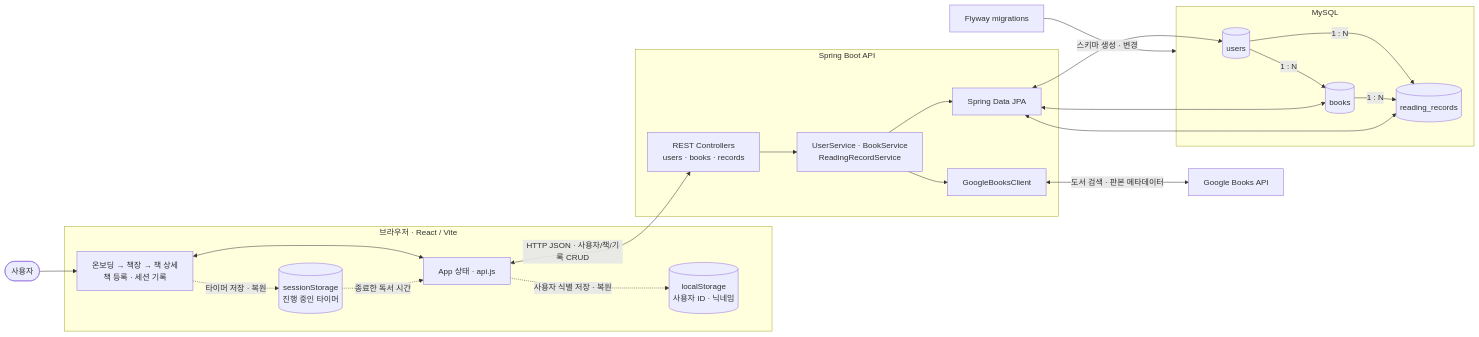
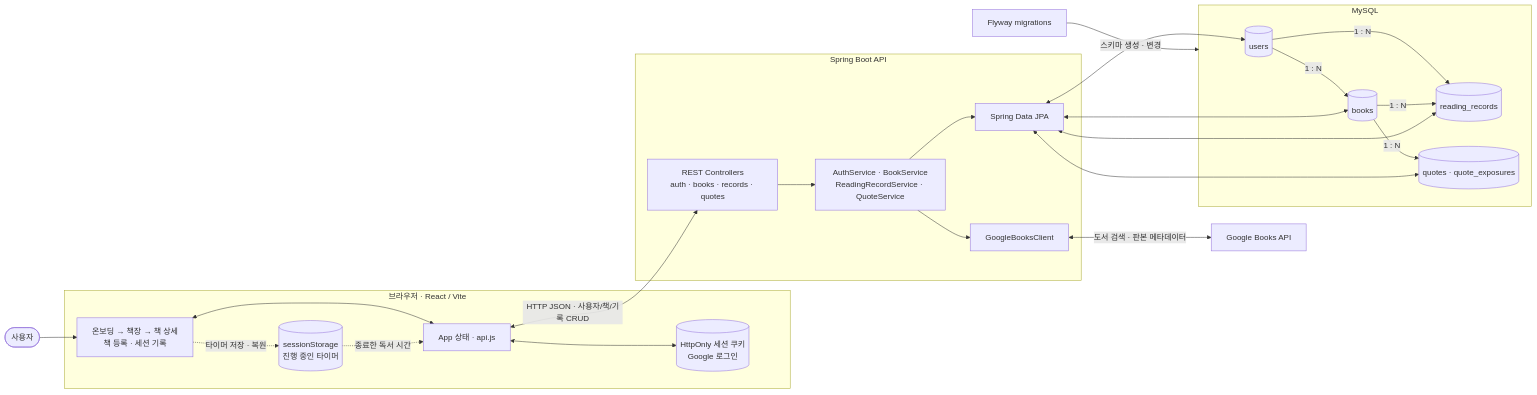
The diagram in README.md (Tapha-K/hub), drawn with Mermaid before and after one commit. The commit also changed other lines of this file and 4 other files, not shown here.

Commit message:
docs: record quote loop architecture learnings

````diff
--- a/README.md
+++ b/README.md
@@ -37,48 +38,51 @@
 ```mermaid
 flowchart LR
     user([사용자])
 
     subgraph browser["브라우저 · React / Vite"]
         screens["온보딩 → 책장 → 책 상세<br/>책 등록 · 세션 기록"]
         app["App 상태 · api.js"]
-        local[("localStorage<br/>사용자 ID · 닉네임")]
+        auth[("HttpOnly 세션 쿠키<br/>Google 로그인")]
         timer[("sessionStorage<br/>진행 중인 타이머")]
 
         screens <--> app
-        app -. "사용자 식별 저장 · 복원" .-> local
+        app <--> auth
         screens -. "타이머 저장 · 복원" .-> timer
         timer -. "종료한 독서 시간" .-> app
     end
 
     subgraph server["Spring Boot API"]
-        controllers["REST Controllers<br/>users · books · records"]
-        services["UserService · BookService<br/>ReadingRecordService"]
+        controllers["REST Controllers<br/>auth · books · records · quotes"]
+        services["AuthService · BookService<br/>ReadingRecordService · QuoteService"]
         jpa["Spring Data JPA"]
         metadata["GoogleBooksClient"]
 
         controllers --> services
         services --> jpa
         services --> metadata
     end
 
     subgraph database["MySQL"]
         users[("users")]
         books[("books")]
         records[("reading_records")]
+        quotes[("quotes · quote_exposures")]
 
         users -->|"1 : N"| books
         users -->|"1 : N"| records
         books -->|"1 : N"| records
+        books -->|"1 : N"| quotes
     end
 
     google["Google Books API"]
     flyway["Flyway migrations"]
 
     user --> screens
     app <-->|"HTTP JSON · 사용자/책/기록 CRUD"| controllers
     jpa <--> users
     jpa <--> books
     jpa <--> records
+    jpa <--> quotes
     metadata <-->|"도서 검색 · 판본 메타데이터"| google
     flyway -->|"스키마 생성 · 변경"| database
 ```
````
